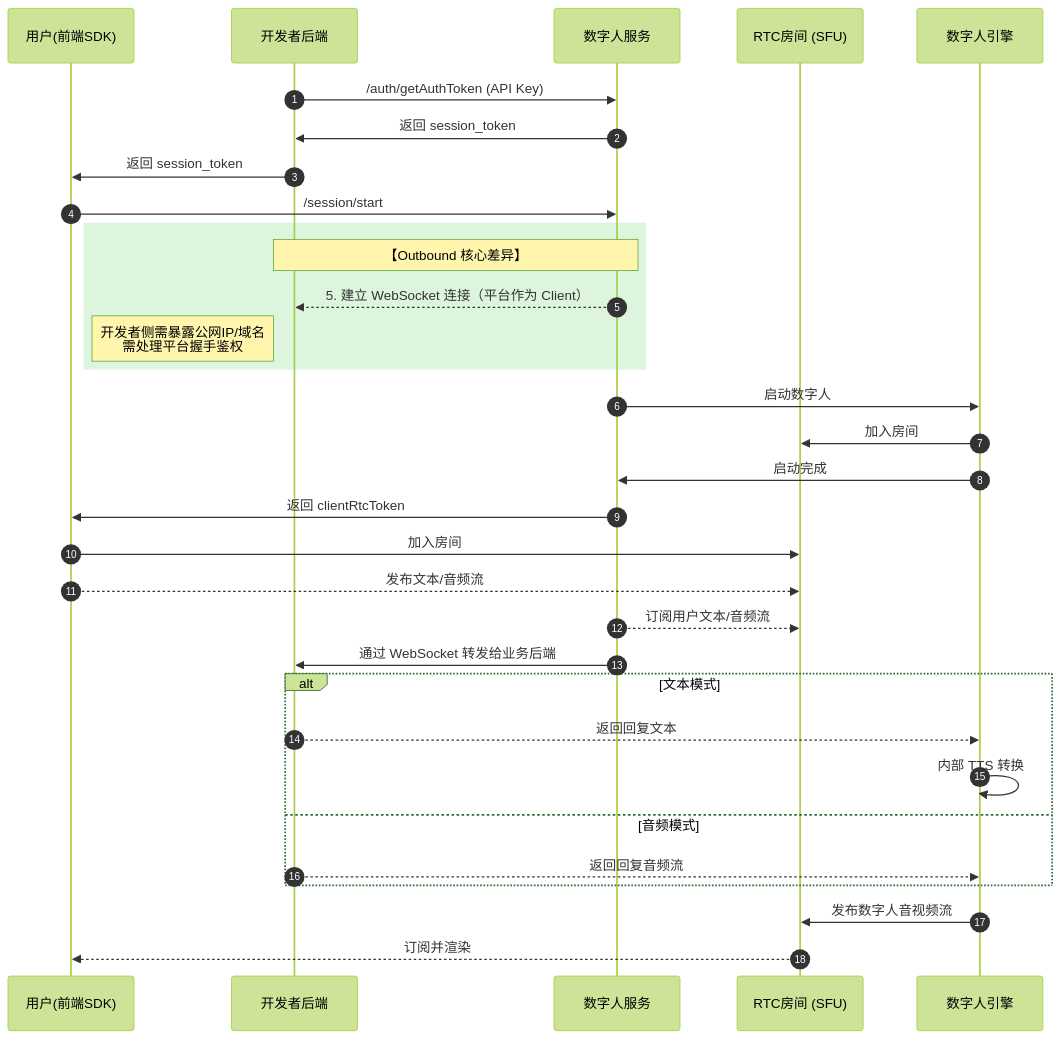
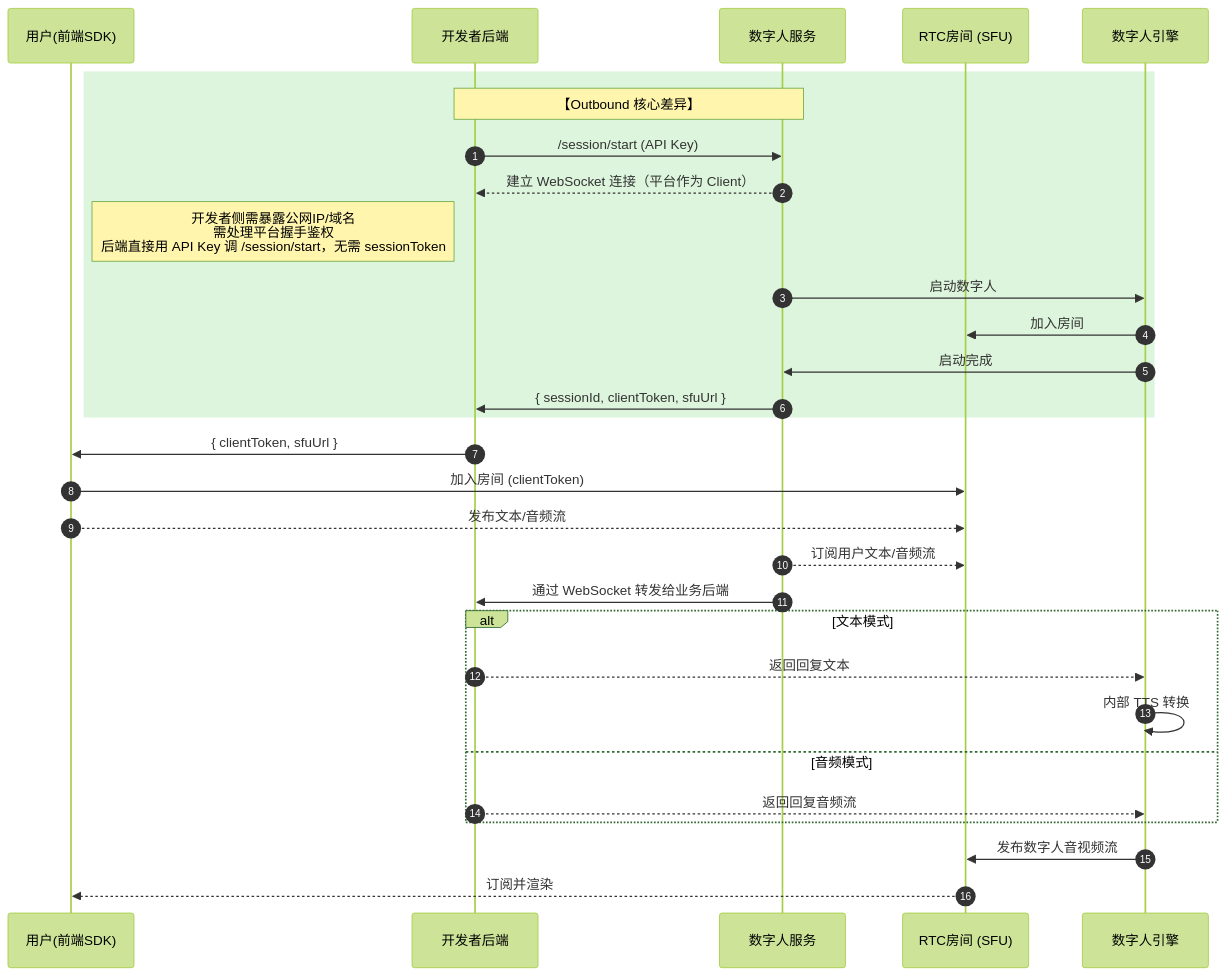
One commit to newportAI-lab/liveavatar-channel changed the second of 3 diagrams in PROTOCOL.zh.md. Above: the diagram before and after it, drawn with Mermaid (forest theme). The commit also changed other lines of this file and 5 other files, not shown here.

````diff
--- a/PROTOCOL.zh.md
+++ b/PROTOCOL.zh.md
@@ -132,47 +132,42 @@
 ```mermaid
 sequenceDiagram
     autonumber
     participant User as 用户(前端SDK)
     participant AppServer as 开发者后端
     participant Platform as 数字人服务
     participant RTC as RTC房间 (SFU)
     participant Avatar as 数字人引擎
 
-    %% 1. 鉴权与初始化
-    AppServer->>Platform: /auth/getAuthToken (API Key)
-    Platform->>AppServer: 返回 session_token
-    AppServer->>User: 返回 session_token
-
-    User->>Platform: /session/start
-
-    %% 核心差异高亮：Outbound 模式下的连接发起
+    %% 核心差异高亮：Outbound 模式下后端直接调 /session/start，无需 sessionToken
     rect rgb(220, 245, 220)
-    Note over Platform, AppServer: 【Outbound 核心差异】
-    Platform-->>AppServer: 5. 建立 WebSocket 连接（平台作为 Client）
-    Note left of AppServer: 开发者侧需暴露公网IP/域名<br/>需处理平台握手鉴权
-    end
-
+    Note over AppServer, Platform: 【Outbound 核心差异】
+    AppServer->>Platform: /session/start (API Key)
+    Platform-->>AppServer: 建立 WebSocket 连接（平台作为 Client）
+    Note left of AppServer: 开发者侧需暴露公网IP/域名<br/>需处理平台握手鉴权<br/>后端直接用 API Key 调 /session/start，无需 sessionToken
     Platform->>Avatar: 启动数字人
     Avatar->>RTC: 加入房间
     Avatar->>Platform: 启动完成
-    Platform->>User: 返回 clientRtcToken
+    Platform->>AppServer: { sessionId, clientToken, sfuUrl }
+    end
+
+    AppServer->>User: { clientToken, sfuUrl }
 
     %% 2. RTC 链路建立
-    User->>RTC: 加入房间
+    User->>RTC: 加入房间 (clientToken)
     User-->>RTC: 发布文本/音频流
 
     %% 3. 核心业务循环
     Platform-->>RTC: 订阅用户文本/音频流
     Platform->>AppServer: 通过 WebSocket 转发给业务后端
 
     alt 文本模式
         AppServer-->>Avatar: 返回回复文本
         Avatar->>Avatar: 内部 TTS 转换
     else 音频模式
         AppServer-->>Avatar: 返回回复音频流
     end
 
     %% 4. 数字人反馈
     Avatar->>RTC: 发布数字人音视频流
     RTC-->>User: 订阅并渲染
 ```
````
